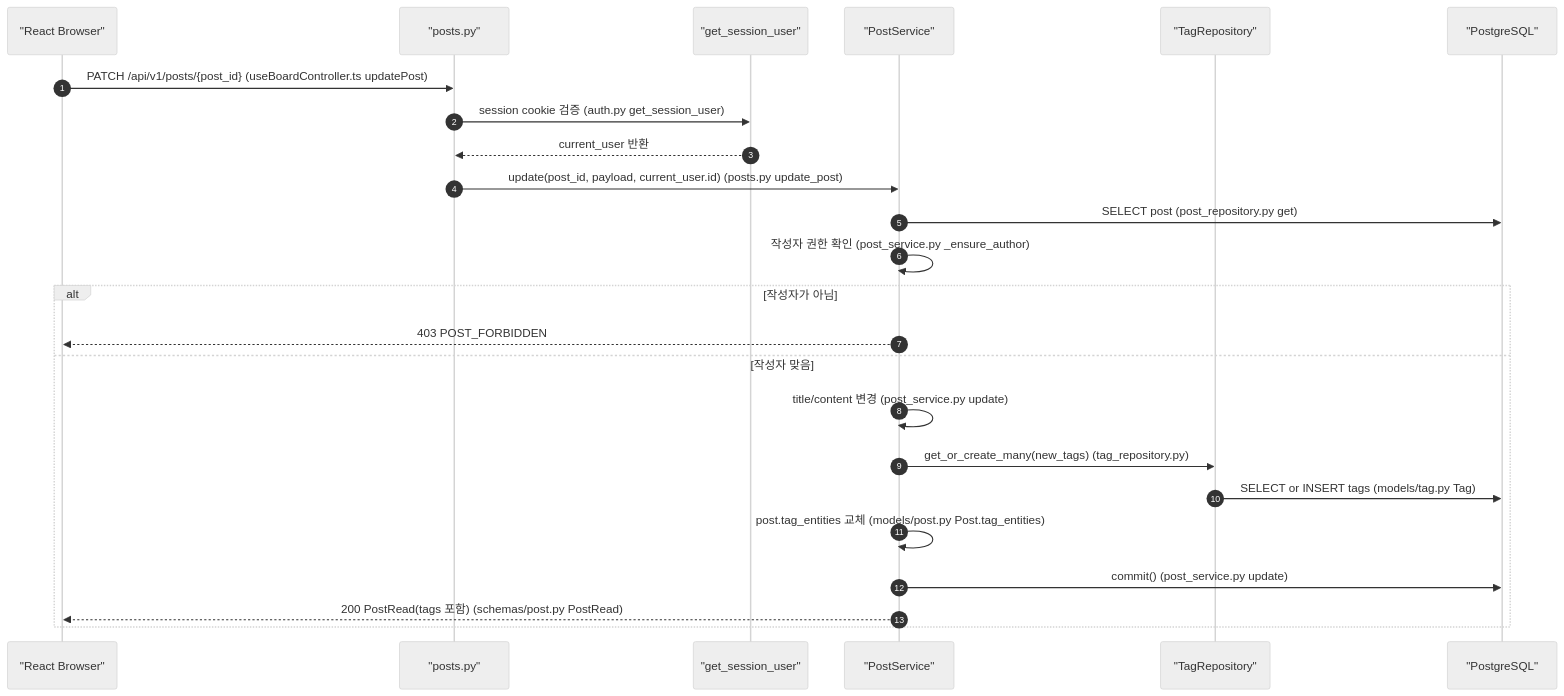
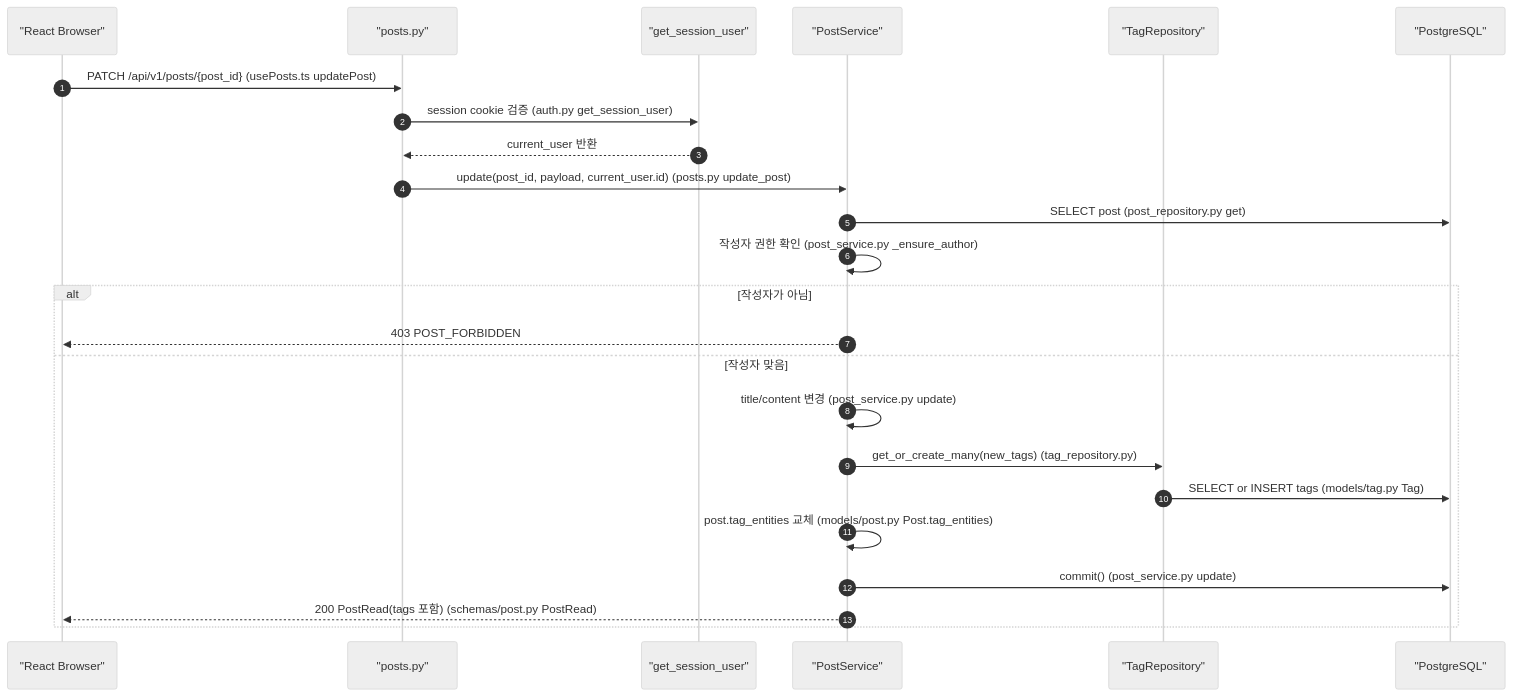
The third of 6 diagrams in docs2/sprint-4/implementation-record.md (JUNGLE-TEAM1/W16_team_sprint), drawn with Mermaid (neutral theme) before and after one commit. The commit also changed other lines of this file and 7 other files, not shown here.

````diff
--- a/docs2/sprint-4/implementation-record.md
+++ b/docs2/sprint-4/implementation-record.md
@@ -397,27 +423,27 @@
 ```mermaid
 sequenceDiagram
     autonumber
     participant Browser as "React Browser"
     participant Router as "posts.py"
     participant Auth as "get_session_user"
     participant Service as "PostService"
     participant TagRepo as "TagRepository"
     participant DB as "PostgreSQL"
 
-    Browser->>Router: PATCH /api/v1/posts/{post_id} (useBoardController.ts updatePost)
+    Browser->>Router: PATCH /api/v1/posts/{post_id} (usePosts.ts updatePost)
     Router->>Auth: session cookie 검증 (auth.py get_session_user)
     Auth-->>Router: current_user 반환
     Router->>Service: update(post_id, payload, current_user.id) (posts.py update_post)
     Service->>DB: SELECT post (post_repository.py get)
     Service->>Service: 작성자 권한 확인 (post_service.py _ensure_author)
     alt 작성자가 아님
         Service-->>Browser: 403 POST_FORBIDDEN
     else 작성자 맞음
         Service->>Service: title/content 변경 (post_service.py update)
         Service->>TagRepo: get_or_create_many(new_tags) (tag_repository.py)
         TagRepo->>DB: SELECT or INSERT tags (models/tag.py Tag)
         Service->>Service: post.tag_entities 교체 (models/post.py Post.tag_entities)
         Service->>DB: commit() (post_service.py update)
         Service-->>Browser: 200 PostRead(tags 포함) (schemas/post.py PostRead)
     end
 ```
````
